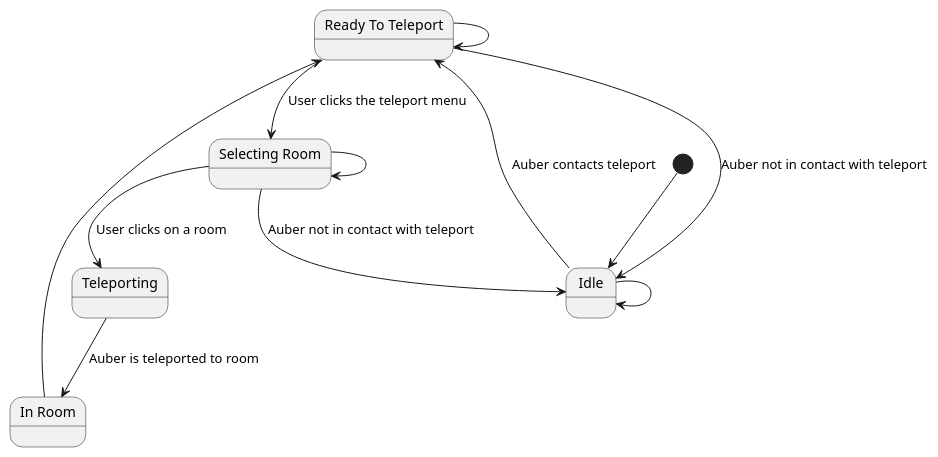
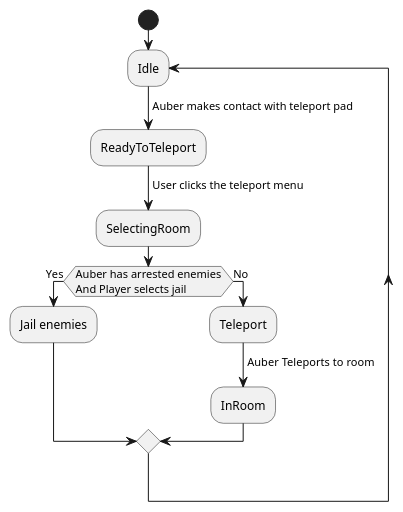
The diagram in uml_diagrams/Teleport.puml (No-Team30/ENG1-PART2), drawn with PlantUML before and after one commit. The commit also changed 3 other files, not shown here.

Commit message:
Updated some uml

```diff
--- a/uml_diagrams/Teleport.puml
+++ b/uml_diagrams/Teleport.puml
@@ -1,17 +1,16 @@
 @startuml
-state "Ready To Teleport" as ReadyToTeleport
-state "Selecting Room" as SelectingRoom
-state "In Room" as InRoom
+start
 
-[*] --> Idle
-Idle --> Idle
-Idle --> ReadyToTeleport: Auber contacts teleport
-ReadyToTeleport --> SelectingRoom: User clicks the teleport menu
-ReadyToTeleport --> Idle: Auber not in contact with teleport
-ReadyToTeleport --> ReadyToTeleport
-SelectingRoom --> Teleporting: User clicks on a room
-SelectingRoom --> Idle: Auber not in contact with teleport 
-SelectingRoom --> SelectingRoom
-Teleporting --> InRoom: Auber is teleported to room
-InRoom --> ReadyToTeleport
+repeat:Idle;
+    -> Auber makes contact with teleport pad;
+    :ReadyToTeleport;
+    -> User clicks the teleport menu;
+    :SelectingRoom;
+    if (Auber has arrested enemies\nAnd Player selects jail) then (Yes)
+        :Jail enemies;
+    else (No)
+        :Teleport;
+        ->Auber Teleports to room;
+        :InRoom;
+    endif
 @enduml
```
